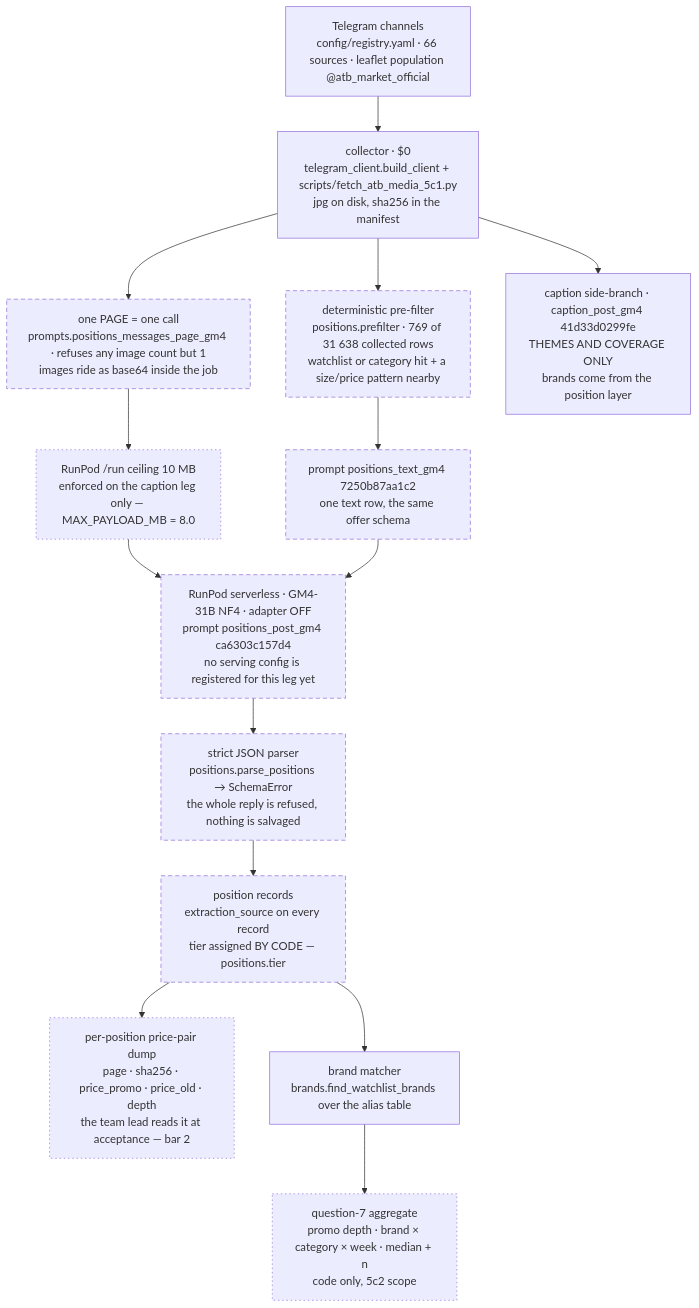
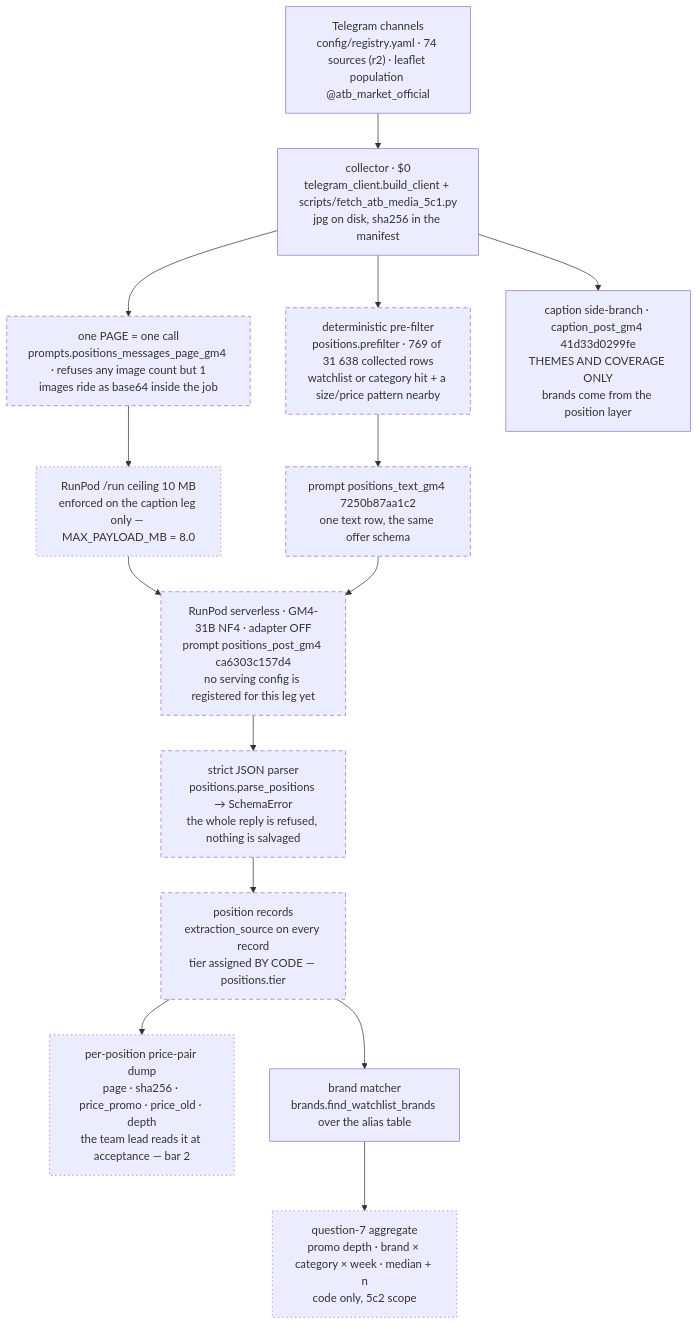
Before and after one commit to 1987-Dmytro/market-pulse-llm: the first of 2 diagrams in docs/ARCHITECTURE.md, drawn with Mermaid. The commit also changed other lines of this file and 36 other files, not shown here.

````diff
--- a/docs/ARCHITECTURE.md
+++ b/docs/ARCHITECTURE.md
@@ -30,35 +30,35 @@
 ```mermaid
 flowchart TD
-    TG["Telegram channels<br/>config/registry.yaml · 66 sources · leaflet population @atb_market_official"]
+    TG["Telegram channels<br/>config/registry.yaml · 74 sources (r2) · leaflet population @atb_market_official"]
     COL["collector · $0<br/>telegram_client.build_client + scripts/fetch_atb_media_5c1.py<br/>jpg on disk, sha256 in the manifest"]
     PAGE["one PAGE = one call<br/>prompts.positions_messages_page_gm4 · refuses any image count but 1<br/>images ride as base64 inside the job"]
     CEIL["RunPod /run ceiling 10 MB<br/>enforced on the caption leg only — MAX_PAYLOAD_MB = 8.0"]
     EP["RunPod serverless · GM4-31B NF4 · adapter OFF<br/>prompt positions_post_gm4 ca6303c157d4<br/>no serving config is registered for this leg yet"]
     PARSE["strict JSON parser<br/>positions.parse_positions → SchemaError<br/>the whole reply is refused, nothing is salvaged"]
     REC["position records<br/>extraction_source on every record<br/>tier assigned BY CODE — positions.tier"]
     DUMP["per-position price-pair dump<br/>page · sha256 · price_promo · price_old · depth<br/>the team lead reads it at acceptance — bar 2"]
     MATCH["brand matcher<br/>brands.find_watchlist_brands over the alias table"]
     Q7["question-7 aggregate<br/>promo depth · brand × category × week · median + n<br/>code only, 5c2 scope"]
     PRE["deterministic pre-filter<br/>positions.prefilter · 769 of 31 638 collected rows<br/>watchlist or category hit + a size/price pattern nearby"]
     TXT["prompt positions_text_gm4 7250b87aa1c2<br/>one text row, the same offer schema"]
     CAP["caption side-branch · caption_post_gm4 41d33d0299fe<br/>THEMES AND COVERAGE ONLY<br/>brands come from the position layer"]
 
     TG --> COL
     COL --> PAGE
     PAGE --> CEIL
     CEIL --> EP
     EP --> PARSE
     COL --> PRE
     PRE --> TXT
     TXT --> EP
     COL --> CAP
     PARSE --> REC
     REC --> DUMP
     REC --> MATCH
     MATCH --> Q7
 
     classDef unrun stroke-dasharray: 6 4
     classDef absent stroke-dasharray: 2 4
     class PAGE,EP,PARSE,REC,PRE,TXT unrun
     class CEIL,DUMP,Q7 absent
 ```
````
